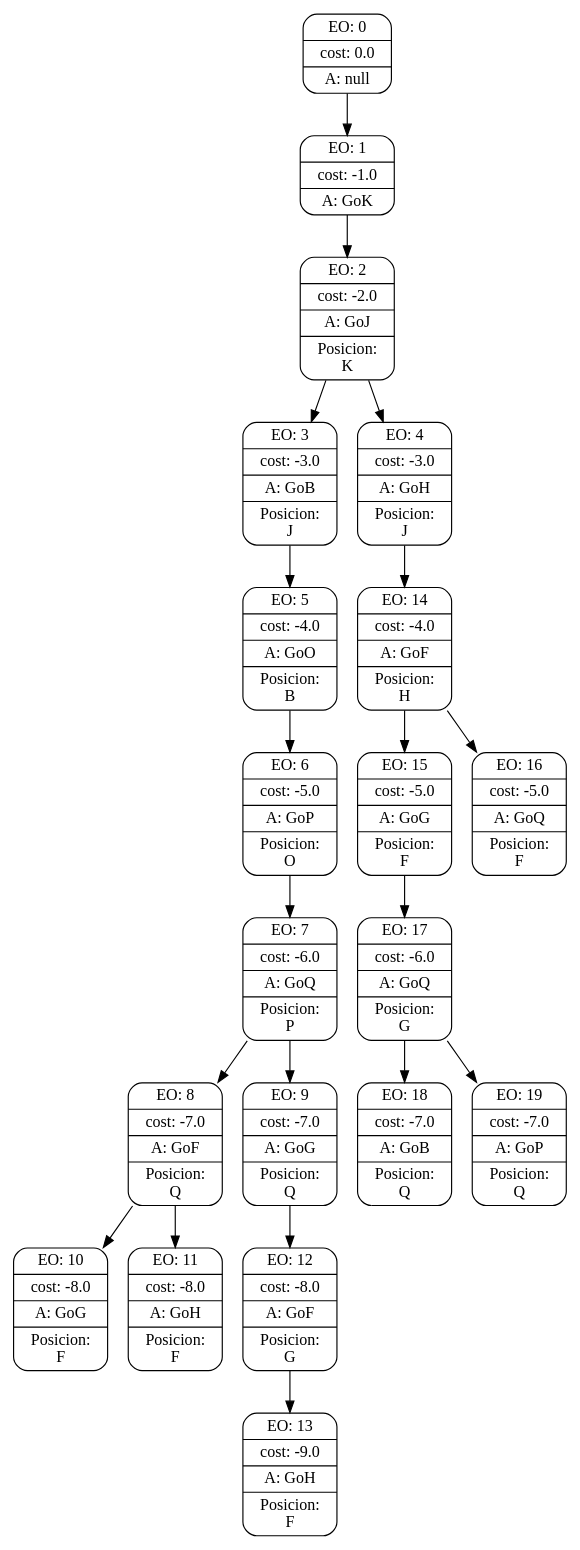
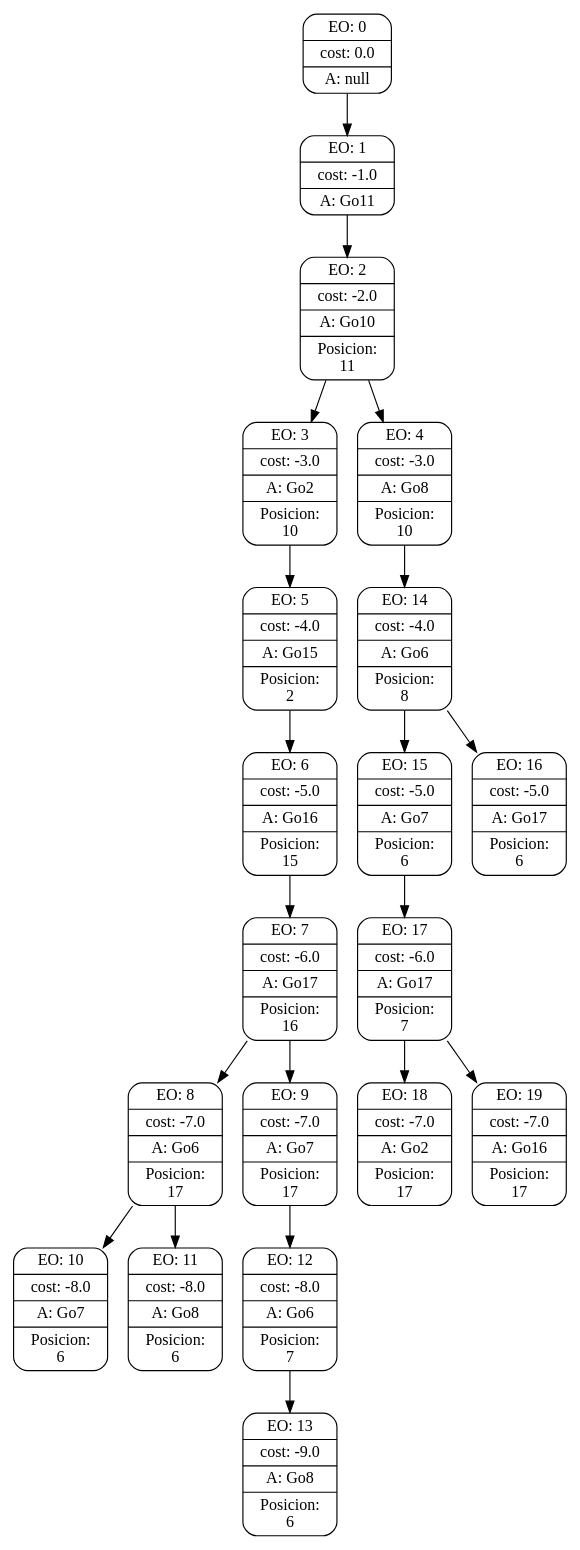
The diagram in searchGVTrees/7.dot (lniklison/TP-Inteligencia-artificial), drawn with Graphviz before and after one commit. The commit also changed 29 other files, not shown here.

```diff
--- a/searchGVTrees/7.dot
+++ b/searchGVTrees/7.dot
@@ -1,63 +1,63 @@
 digraph g {
 node [shape = Mrecord];
 nodo0[label="{EO: 0|cost: 0.0|A: null}"]
-nodo1[label="{EO: 1|cost: -1.0|A: GoK}"]
-nodo2[label="{EO: 2|cost: -2.0|A: GoJ|Posicion:\nK}"]
-nodo3[label="{EO: 3|cost: -3.0|A: GoB|Posicion:\nJ}"]
-nodo5[label="{EO: 5|cost: -4.0|A: GoO|Posicion:\nB}"]
-nodo6[label="{EO: 6|cost: -5.0|A: GoP|Posicion:\nO}"]
-nodo7[label="{EO: 7|cost: -6.0|A: GoQ|Posicion:\nP}"]
-nodo8[label="{EO: 8|cost: -7.0|A: GoF|Posicion:\nQ}"]
-nodo10[label="{EO: 10|cost: -8.0|A: GoG|Posicion:\nF}"]
+nodo1[label="{EO: 1|cost: -1.0|A: Go11}"]
+nodo2[label="{EO: 2|cost: -2.0|A: Go10|Posicion:\n11}"]
+nodo3[label="{EO: 3|cost: -3.0|A: Go2|Posicion:\n10}"]
+nodo5[label="{EO: 5|cost: -4.0|A: Go15|Posicion:\n2}"]
+nodo6[label="{EO: 6|cost: -5.0|A: Go16|Posicion:\n15}"]
+nodo7[label="{EO: 7|cost: -6.0|A: Go17|Posicion:\n16}"]
+nodo8[label="{EO: 8|cost: -7.0|A: Go6|Posicion:\n17}"]
+nodo10[label="{EO: 10|cost: -8.0|A: Go7|Posicion:\n6}"]
 
 nodo8 -> nodo10;
-nodo11[label="{EO: 11|cost: -8.0|A: GoH|Posicion:\nF}"]
+nodo11[label="{EO: 11|cost: -8.0|A: Go8|Posicion:\n6}"]
 
 nodo8 -> nodo11;
 
 nodo7 -> nodo8;
-nodo9[label="{EO: 9|cost: -7.0|A: GoG|Posicion:\nQ}"]
-nodo12[label="{EO: 12|cost: -8.0|A: GoF|Posicion:\nG}"]
-nodo13[label="{EO: 13|cost: -9.0|A: GoH|Posicion:\nF}"]
+nodo9[label="{EO: 9|cost: -7.0|A: Go7|Posicion:\n17}"]
+nodo12[label="{EO: 12|cost: -8.0|A: Go6|Posicion:\n7}"]
+nodo13[label="{EO: 13|cost: -9.0|A: Go8|Posicion:\n6}"]
 
 nodo12 -> nodo13;
 
 nodo9 -> nodo12;
 
 nodo7 -> nodo9;
 
 nodo6 -> nodo7;
 
 nodo5 -> nodo6;
 
 nodo3 -> nodo5;
 
 nodo2 -> nodo3;
-nodo4[label="{EO: 4|cost: -3.0|A: GoH|Posicion:\nJ}"]
-nodo14[label="{EO: 14|cost: -4.0|A: GoF|Posicion:\nH}"]
-nodo15[label="{EO: 15|cost: -5.0|A: GoG|Posicion:\nF}"]
-nodo17[label="{EO: 17|cost: -6.0|A: GoQ|Posicion:\nG}"]
-nodo18[label="{EO: 18|cost: -7.0|A: GoB|Posicion:\nQ}"]
+nodo4[label="{EO: 4|cost: -3.0|A: Go8|Posicion:\n10}"]
+nodo14[label="{EO: 14|cost: -4.0|A: Go6|Posicion:\n8}"]
+nodo15[label="{EO: 15|cost: -5.0|A: Go7|Posicion:\n6}"]
+nodo17[label="{EO: 17|cost: -6.0|A: Go17|Posicion:\n7}"]
+nodo18[label="{EO: 18|cost: -7.0|A: Go2|Posicion:\n17}"]
 
 nodo17 -> nodo18;
-nodo19[label="{EO: 19|cost: -7.0|A: GoP|Posicion:\nQ}"]
+nodo19[label="{EO: 19|cost: -7.0|A: Go16|Posicion:\n17}"]
 
 nodo17 -> nodo19;
 
 nodo15 -> nodo17;
 
 nodo14 -> nodo15;
-nodo16[label="{EO: 16|cost: -5.0|A: GoQ|Posicion:\nF}"]
+nodo16[label="{EO: 16|cost: -5.0|A: Go17|Posicion:\n6}"]
 
 nodo14 -> nodo16;
 
 nodo4 -> nodo14;
 
 nodo2 -> nodo4;
 
 nodo1 -> nodo2;
 
 nodo0 -> nodo1;
 
 
 }
```
